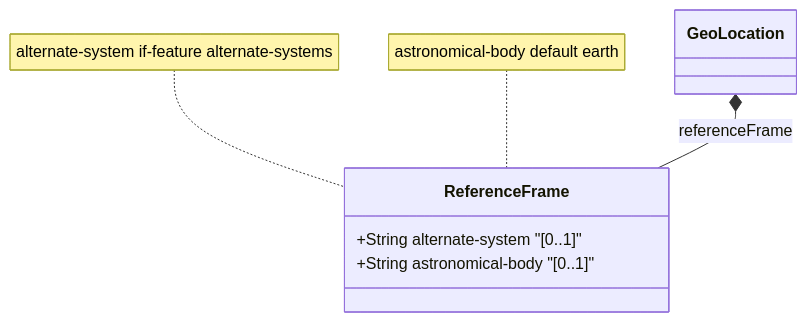
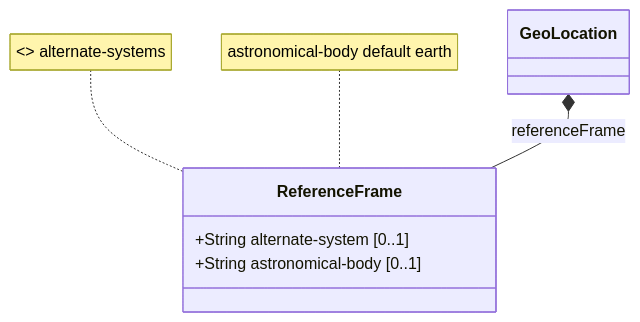
One commit to gintatkinson/3dgs-032 changed the diagram in docs/features/feat-02-reference-frame.md. Above: the diagram before and after it, drawn with Mermaid.

Commit message:
docs: fix mermaid formatting in feat-02

````diff
--- a/docs/features/feat-02-reference-frame.md
+++ b/docs/features/feat-02-reference-frame.md
@@ -22,12 +22,12 @@
 ```mermaid
 classDiagram
     class GeoLocation {
     }
     class ReferenceFrame {
-        +String alternate-system "[0..1]"
-        +String astronomical-body "[0..1]"
+        +String alternate-system [0..1]
+        +String astronomical-body [0..1]
     }
-    note for ReferenceFrame "alternate-system if-feature alternate-systems"
+    note for ReferenceFrame "<<feature_guard>> alternate-systems"
     note for ReferenceFrame "astronomical-body default earth"
     GeoLocation *-- ReferenceFrame : referenceFrame
 ```
````
